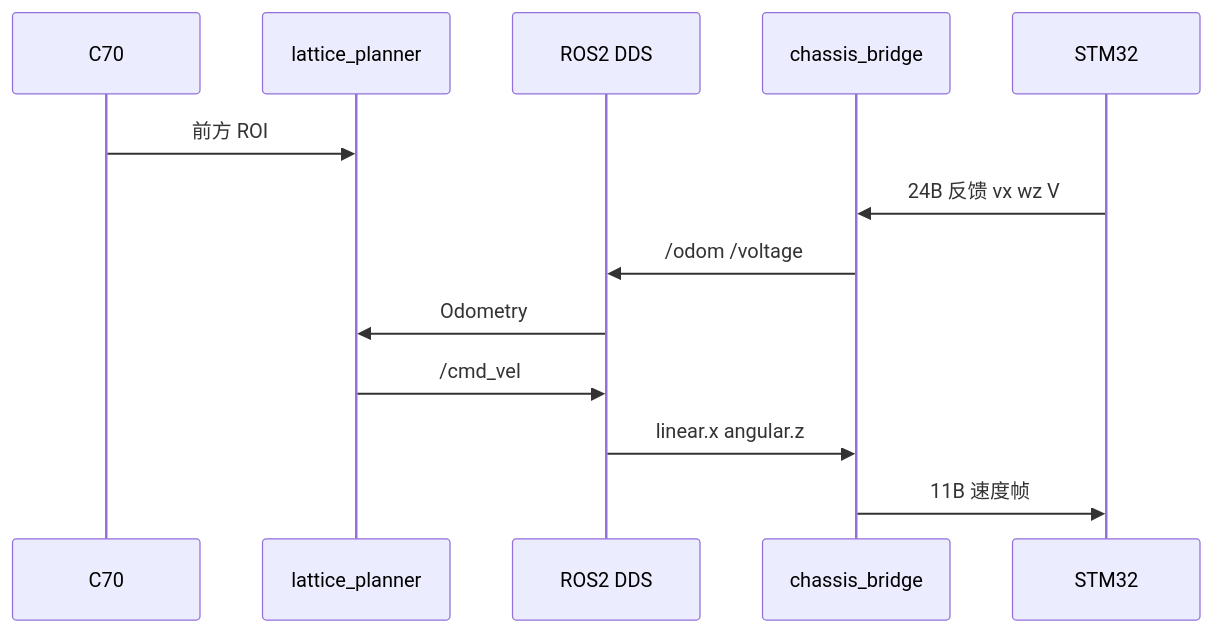
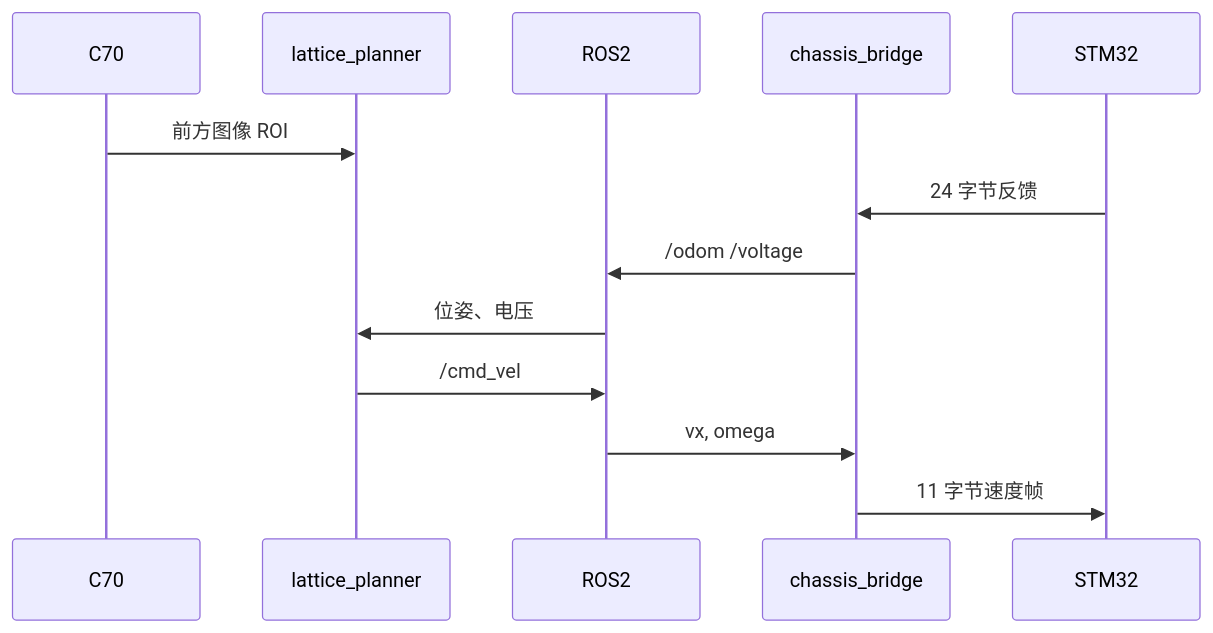
Before and after one commit to Leo-7GOAT/FalconPlan: the diagram in README.md, drawn with Mermaid. The commit also changed other lines of this file and 3 other files, not shown here.

````diff
--- a/README.md
+++ b/README.md
@@ -100,15 +45,15 @@
 ```mermaid
 sequenceDiagram
   participant Cam as C70
   participant Plan as lattice_planner
-  participant Topic as ROS2 DDS
+  participant Topic as ROS2
   participant Bridge as chassis_bridge
   participant Car as STM32
-  Cam->>Plan: 前方 ROI
-  Car->>Bridge: 24B 反馈 vx wz V
+  Cam->>Plan: 前方图像 ROI
+  Car->>Bridge: 24 字节反馈
   Bridge->>Topic: /odom /voltage
-  Topic->>Plan: Odometry
+  Topic->>Plan: 位姿、电压
   Plan->>Topic: /cmd_vel
-  Topic->>Bridge: linear.x  angular.z
-  Bridge->>Car: 11B 速度帧
+  Topic->>Bridge: vx, omega
+  Bridge->>Car: 11 字节速度帧
 ```
````
